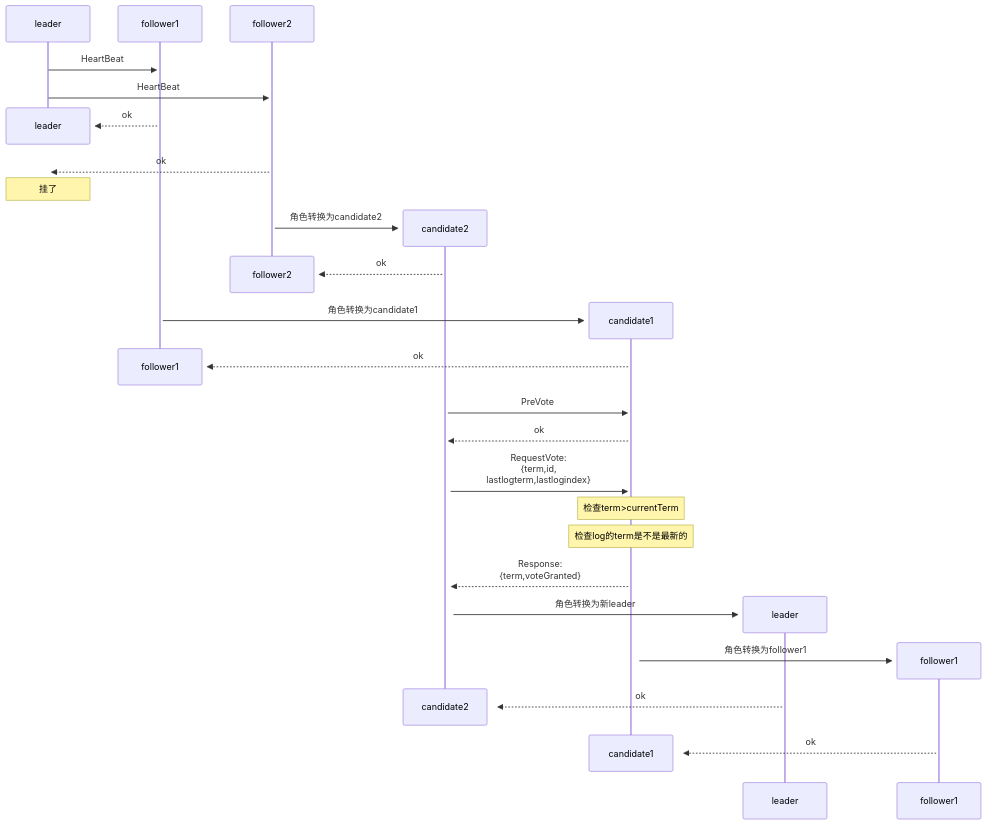
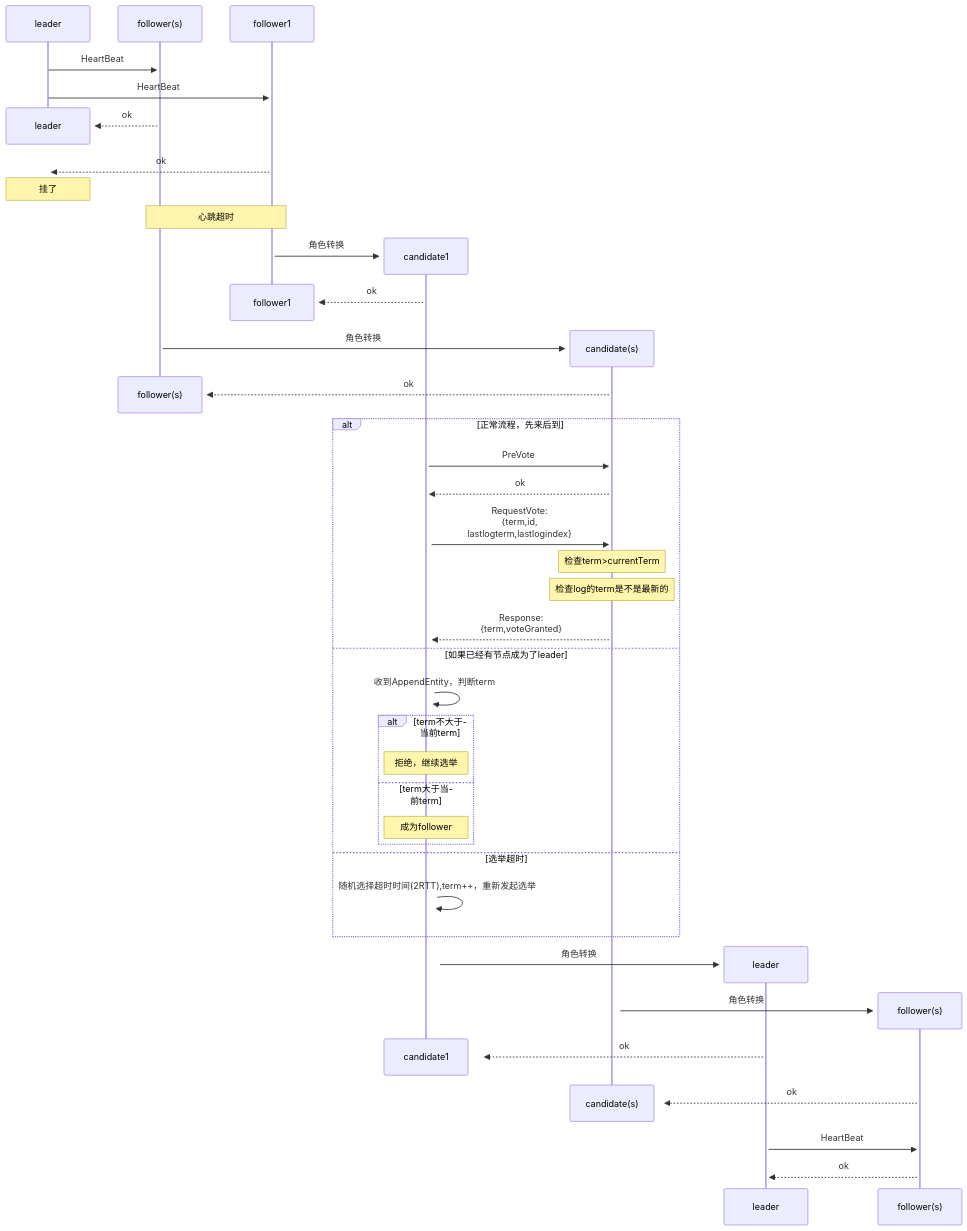
One commit to wanghenshui/wanghenshui.github.io changed the diagram in _posts/mmd/raft-RequestVote.mmd. Above: the diagram before and after it, drawn with Mermaid. The commit also changed 2 other files, not shown here.

```diff
--- a/_posts/mmd/raft-RequestVote.mmd
+++ b/_posts/mmd/raft-RequestVote.mmd
@@ -1,31 +1,44 @@
 sequenceDiagram
+    leader->>+follower(s): HeartBeat
     leader->>+follower1: HeartBeat
-    leader->>+follower2: HeartBeat
     destroy leader
+    follower(s)-->>+leader: ok
     follower1-->>+leader: ok
-    follower2-->>+leader: ok
     Note over leader: 挂了
-    create participant candidate2
-    follower2->>+candidate2: 角色转换为candidate2
-    destroy follower2
-    candidate2-->>+follower2: ok
+    Note over follower1,follower(s): 心跳超时
     create participant candidate1
-    follower1->>+candidate1: 角色转换为candidate1
+    follower1->>+candidate1: 角色转换
     destroy follower1
+    candidate1-->>+follower1: ok
+    create participant candidate(s)
+    follower(s)->>+candidate(s): 角色转换
+    destroy follower(s)
+    candidate(s)-->>+follower(s): ok
+    alt 正常流程，先来后到
+        candidate1->>+candidate(s): PreVote
+        candidate(s)-->>+candidate1: ok
+        candidate1->>+candidate(s): RequestVote:<br>{term,id,<br>lastlogterm,lastlogindex}
+        Note over candidate(s): 检查term>currentTerm
+        Note over candidate(s): 检查log的term是不是最新的
+        candidate(s)-->>+candidate1: Response:<br>{term,voteGranted}
+    else 如果已经有节点成为了leader
+        candidate1->>+candidate1: 收到AppendEntity，判断term
+        alt term不大于当前term
+           Note over candidate1: 拒绝，继续选举
+        else term大于当前term
+            Note over candidate1: 成为follower
+        end
+    else 选举超时
+        candidate1->>+candidate1: 随机选择超时时间(2RTT),term++，重新发起选举
+    end
 
-    candidate1-->>+follower1: ok
-    candidate2->>+candidate1: PreVote
-    candidate1-->>+candidate2: ok
-    candidate2->>+candidate1: RequestVote:<br>{term,id,<br>lastlogterm,lastlogindex}
-    Note over candidate1: 检查term>currentTerm
-    Note over candidate1: 检查log的term是不是最新的
-
-    candidate1-->>+candidate2: Response:<br>{term,voteGranted}
     create participant newLeader as leader
-    candidate2->>+newLeader: 角色转换为新leader
-        create participant newFollower as follower1
-    candidate1->>+newFollower: 角色转换为follower1
-    destroy candidate2
-    newLeader-->>+candidate2: ok
+    candidate1->>+newLeader: 角色转换
+    create participant newFollower as follower(s)
+    candidate(s)->>+newFollower: 角色转换
     destroy candidate1
-    newFollower-->>+candidate1: ok
+    newLeader-->>+candidate1: ok
+    destroy candidate(s)
+    newFollower-->>+candidate(s): ok
+    newLeader->>+newFollower: HeartBeat
+    newFollower-->>+newLeader: ok
```
